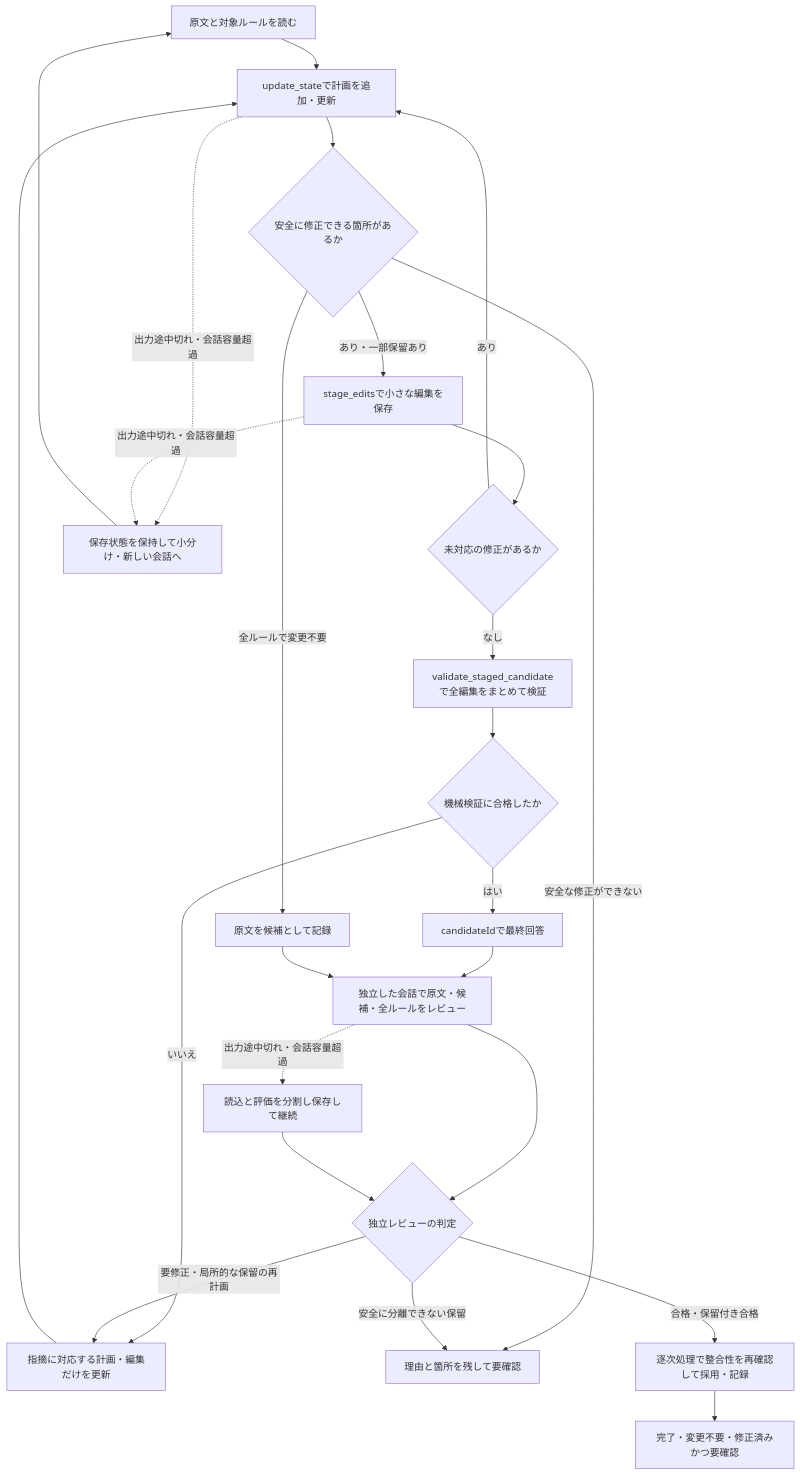
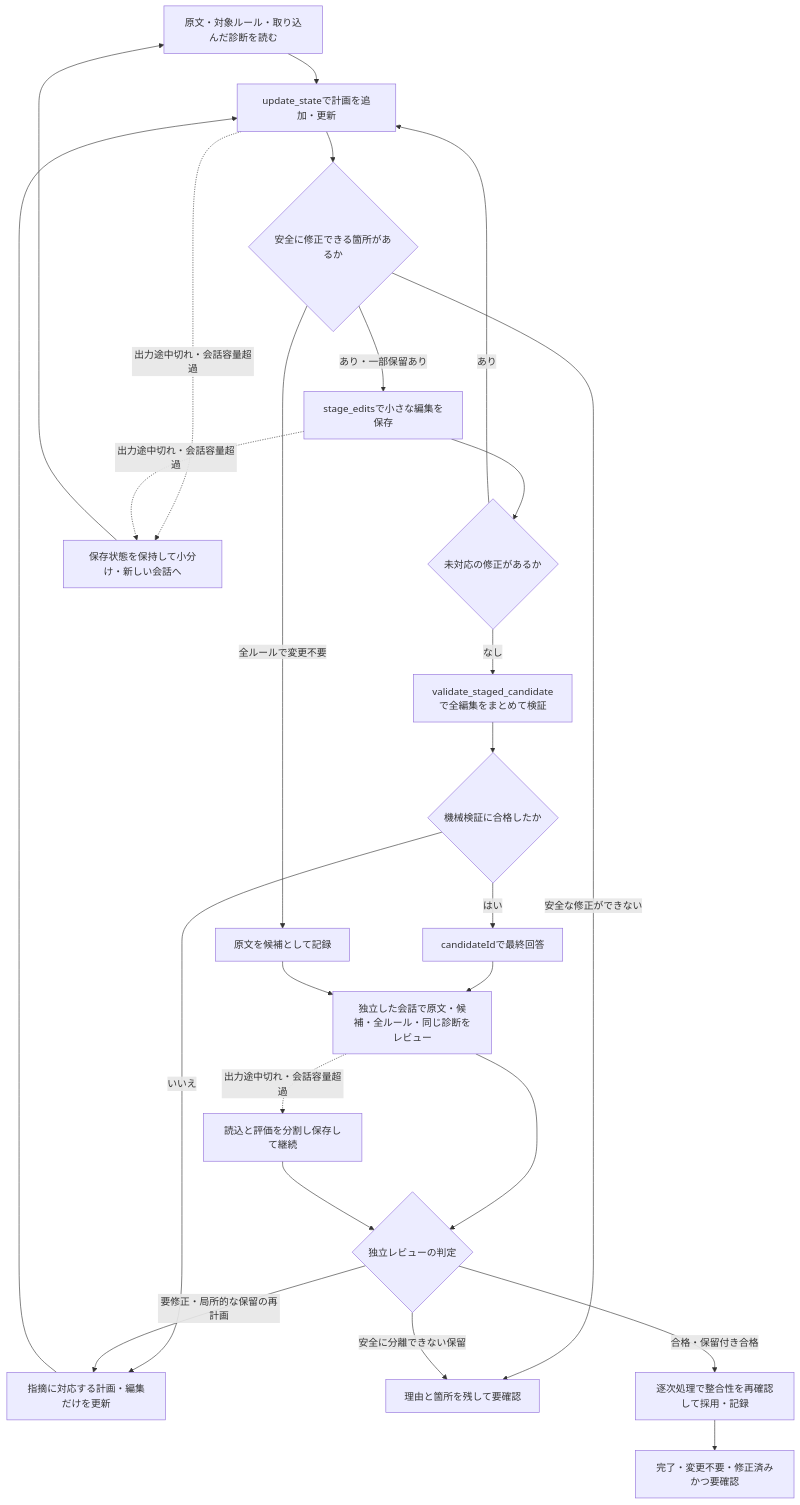
Before and after one commit to sunu-py-jp/OneByOne: the second of 2 diagrams in docs/ai-harness.md, drawn with Mermaid. The commit also changed other lines of this file and 70 other files, not shown here.

````diff
--- a/docs/ai-harness.md
+++ b/docs/ai-harness.md
@@ -48,27 +48,27 @@
 ```mermaid
 flowchart TD
-    Load["原文と対象ルールを読む"] --> Plan["update_stateで計画を追加・更新"]
+    Load["原文・対象ルール・取り込んだ診断を読む"] --> Plan["update_stateで計画を追加・更新"]
     Plan --> Need{"安全に修正できる箇所があるか"}
     Need -->|"あり・一部保留あり"| Stage["stage_editsで小さな編集を保存"]
     Stage --> More{"未対応の修正があるか"}
     More -->|"あり"| Plan
     More -->|"なし"| Validate["validate_staged_candidateで全編集をまとめて検証"]
     Validate --> Valid{"機械検証に合格したか"}
     Valid -->|"いいえ"| Feedback["指摘に対応する計画・編集だけを更新"]
     Feedback --> Plan
     Valid -->|"はい"| Final["candidateIdで最終回答"]
     Need -->|"全ルールで変更不要"| Unchanged["原文を候補として記録"]
     Need -->|"安全な修正ができない"| Hold["理由と箇所を残して要確認"]
-    Final --> Review["独立した会話で原文・候補・全ルールをレビュー"]
+    Final --> Review["独立した会話で原文・候補・全ルール・同じ診断をレビュー"]
     Unchanged --> Review
     Review --> Verdict{"独立レビューの判定"}
     Verdict -->|"要修正・局所的な保留の再計画"| Feedback
     Verdict -->|"安全に分離できない保留"| Hold
     Verdict -->|"合格・保留付き合格"| Adopt["逐次処理で整合性を再確認して採用・記録"]
     Adopt --> Result["完了・変更不要・修正済みかつ要確認"]
     Plan -.->|"出力途中切れ・会話容量超過"| Resume["保存状態を保持して小分け・新しい会話へ"]
     Stage -.->|"出力途中切れ・会話容量超過"| Resume
     Resume --> Load
     Review -.->|"出力途中切れ・会話容量超過"| ReviewPages["読込と評価を分割し保存して継続"]
     ReviewPages --> Verdict
 ```
````
